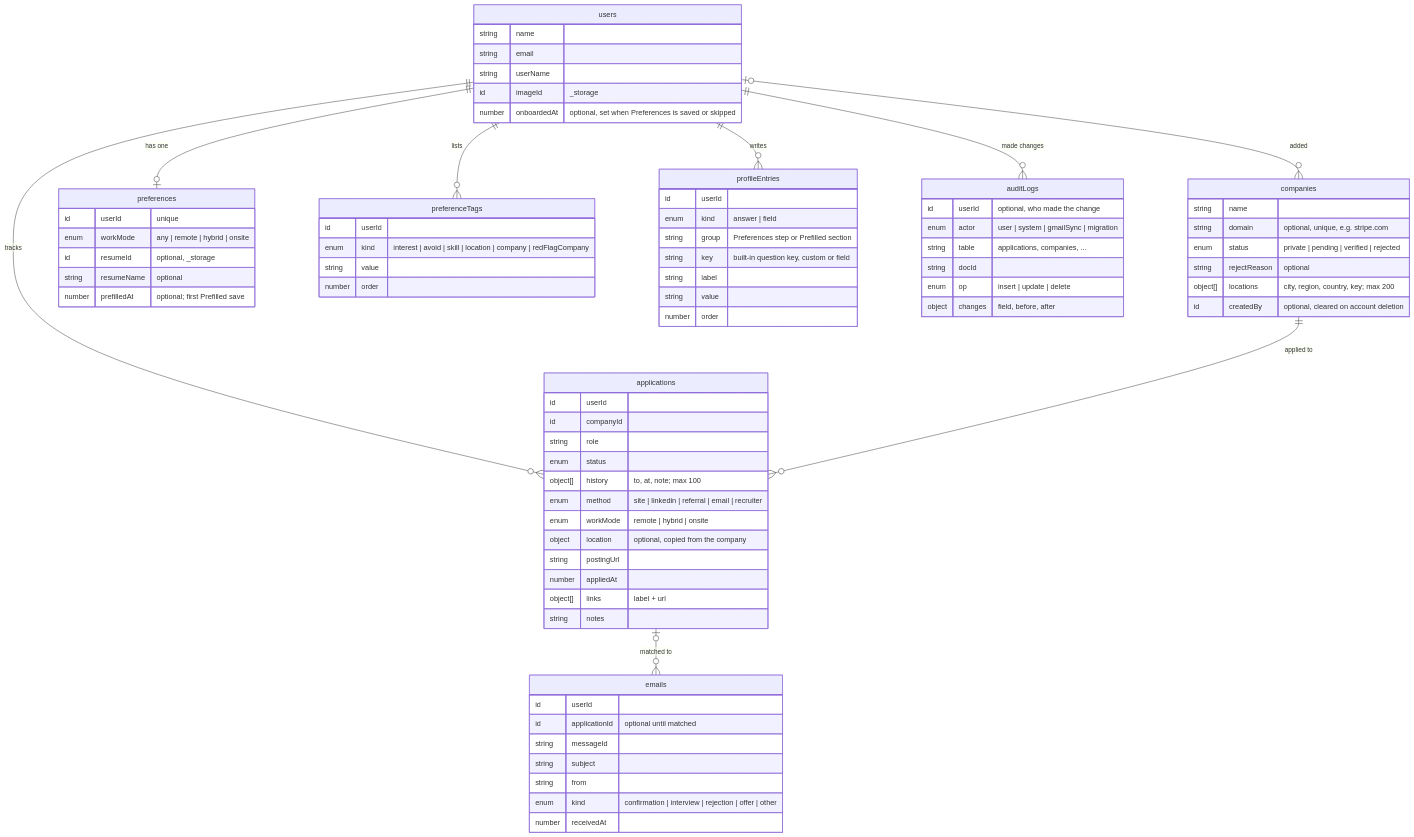
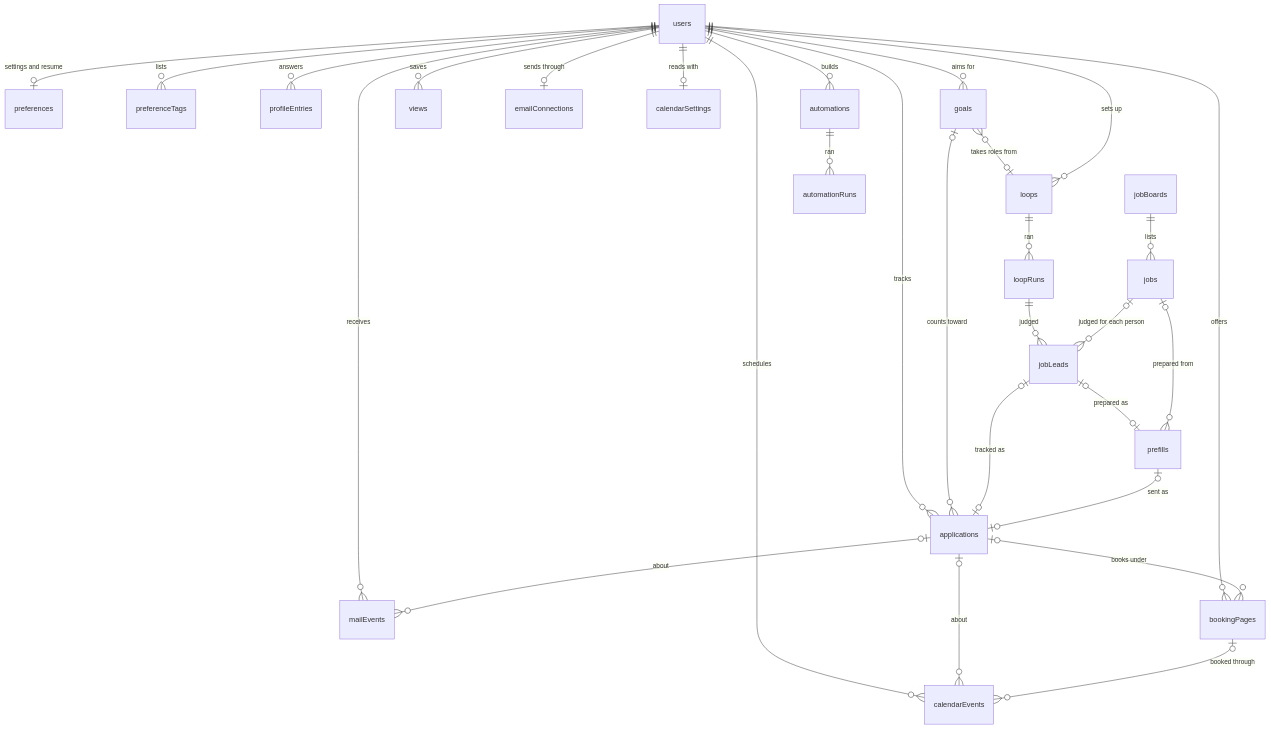
Before and after one commit to saranatour1/job-tracking-helper: the first of 3 diagrams in docs/database-design.md, drawn with Mermaid. The commit also changed other lines of this file and 10 other files, not shown here.

First line of the commit message:
refactor(schema): fix broken links, trim indexes, rewrite the design doc

````diff
--- a/docs/database-design.md
+++ b/docs/database-design.md
@@ -74,80 +27,31 @@
 ```mermaid
 erDiagram
-    users |o--o{ companies : "added"
+    users ||--o| preferences : "settings and resume"
+    users ||--o{ preferenceTags : "lists"
+    users ||--o{ profileEntries : "answers"
     users ||--o{ applications : tracks
-    users ||--o| preferences : "has one"
-    users ||--o{ preferenceTags : "lists"
-    users ||--o{ profileEntries : "writes"
-    users ||--o{ auditLogs : "made changes"
-    companies ||--o{ applications : "applied to"
-    applications |o--o{ emails : "matched to"
-
-    users {
-        string name
-        string email
-        string userName
-        id imageId "_storage"
-        number onboardedAt "optional, set when Preferences is saved or skipped"
-    }
-    companies {
-        string name
-        string domain "optional, unique, e.g. stripe.com"
-        enum status "private | pending | verified | rejected"
-        string rejectReason "optional"
-        object[] locations "city, region, country, key; max 200"
-        id createdBy "optional, cleared on account deletion"
-    }
-    applications {
-        id userId
-        id companyId
-        string role
-        enum status
-        object[] history "to, at, note; max 100"
-        enum method "site | linkedin | referral | email | recruiter"
-        enum workMode "remote | hybrid | onsite"
-        object location "optional, copied from the company"
-        string postingUrl
-        number appliedAt
-        object[] links "label + url"
-        string notes
-    }
-    preferences {
-        id userId "unique"
-        enum workMode "any | remote | hybrid | onsite"
-        id resumeId "optional, _storage"
-        string resumeName "optional"
-        number prefilledAt "optional; first Prefilled save"
-    }
-    preferenceTags {
-        id userId
-        enum kind "interest | avoid | skill | location | company | redFlagCompany"
-        string value
-        number order
-    }
-    profileEntries {
-        id userId
-        enum kind "answer | field"
-        string group "Preferences step or Prefilled section"
-        string key "built-in question key, custom or field"
-        string label
-        string value
-        number order
-    }
-    emails {
-        id userId
-        id applicationId "optional until matched"
-        string messageId
-        string subject
-        string from
-        enum kind "confirmation | interview | rejection | offer | other"
-        number receivedAt
-    }
-    auditLogs {
-        id userId "optional, who made the change"
-        enum actor "user | system | gmailSync | migration"
-        string table "applications, companies, ..."
-        string docId
-        enum op "insert | update | delete"
-        object changes "field, before, after"
-    }
+    users ||--o{ goals : "aims for"
+    users ||--o{ views : saves
+    goals |o--o{ applications : "counts toward"
+    goals }o--o| loops : "takes roles from"
+    jobBoards ||--o{ jobs : lists
+    users ||--o{ loops : "sets up"
+    loops ||--o{ loopRuns : ran
+    loopRuns ||--o{ jobLeads : judged
+    jobs |o--o{ jobLeads : "judged for each person"
+    jobLeads |o--o| applications : "tracked as"
+    jobLeads |o--o| prefills : "prepared as"
+    jobs |o--o{ prefills : "prepared from"
+    prefills |o--o| applications : "sent as"
+    users ||--o| emailConnections : "sends through"
+    users ||--o{ mailEvents : receives
+    applications |o--o{ mailEvents : "about"
+    users ||--o{ calendarEvents : schedules
+    users ||--o| calendarSettings : "reads with"
+    applications |o--o{ calendarEvents : "about"
+    users ||--o{ bookingPages : offers
+    bookingPages |o--o{ calendarEvents : "booked through"
+    applications |o--o{ bookingPages : "books under"
+    users ||--o{ automations : builds
+    automations ||--o{ automationRuns : ran
 ```
````
